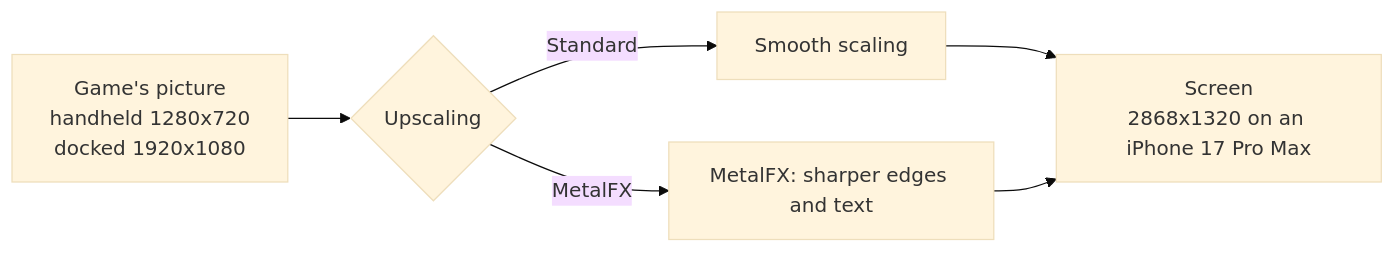
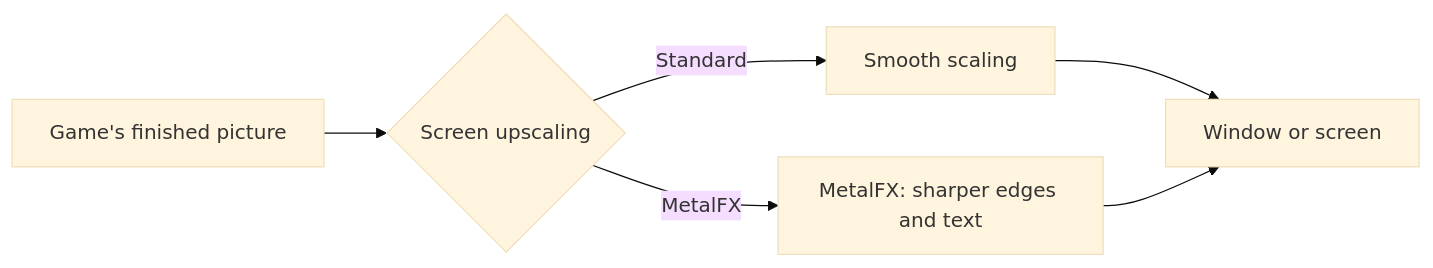
One commit to SailorSnoW/nativenavi changed the first of 5 diagrams in docs/settings.md. Above: the diagram before and after it, drawn with Mermaid (base theme). The commit also changed other lines of this file and 64 other files, not shown here.

````diff
--- a/docs/settings.md
+++ b/docs/settings.md
@@ -48,8 +42,8 @@
 ```mermaid
 flowchart LR
-    G["Game's picture<br/>handheld 1280x720<br/>docked 1920x1080"] --> S{Upscaling}
+    G["Game's finished picture"] --> S{Screen upscaling}
     S -->|Standard| B["Smooth scaling"]
     S -->|MetalFX| M["MetalFX: sharper edges and text"]
-    B --> D["Screen<br/>2868x1320 on an iPhone 17 Pro Max"]
+    B --> D["Window or screen"]
     M --> D
 ```
````
